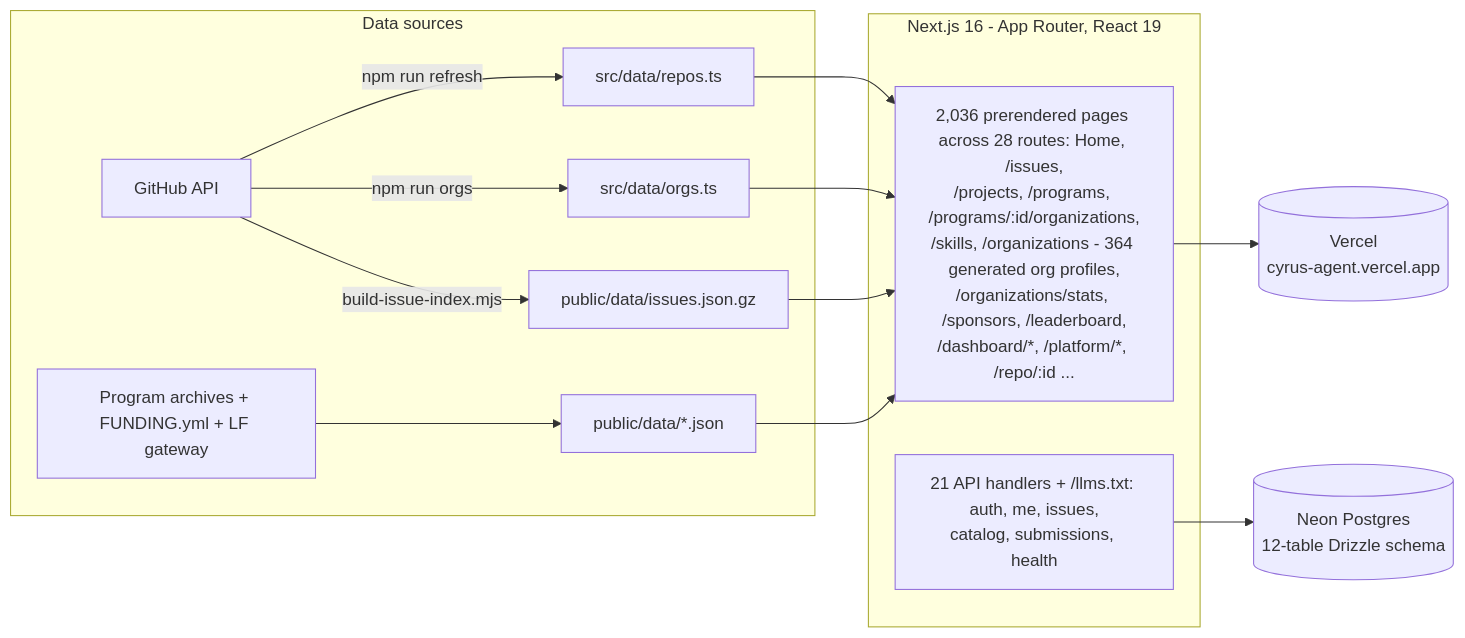
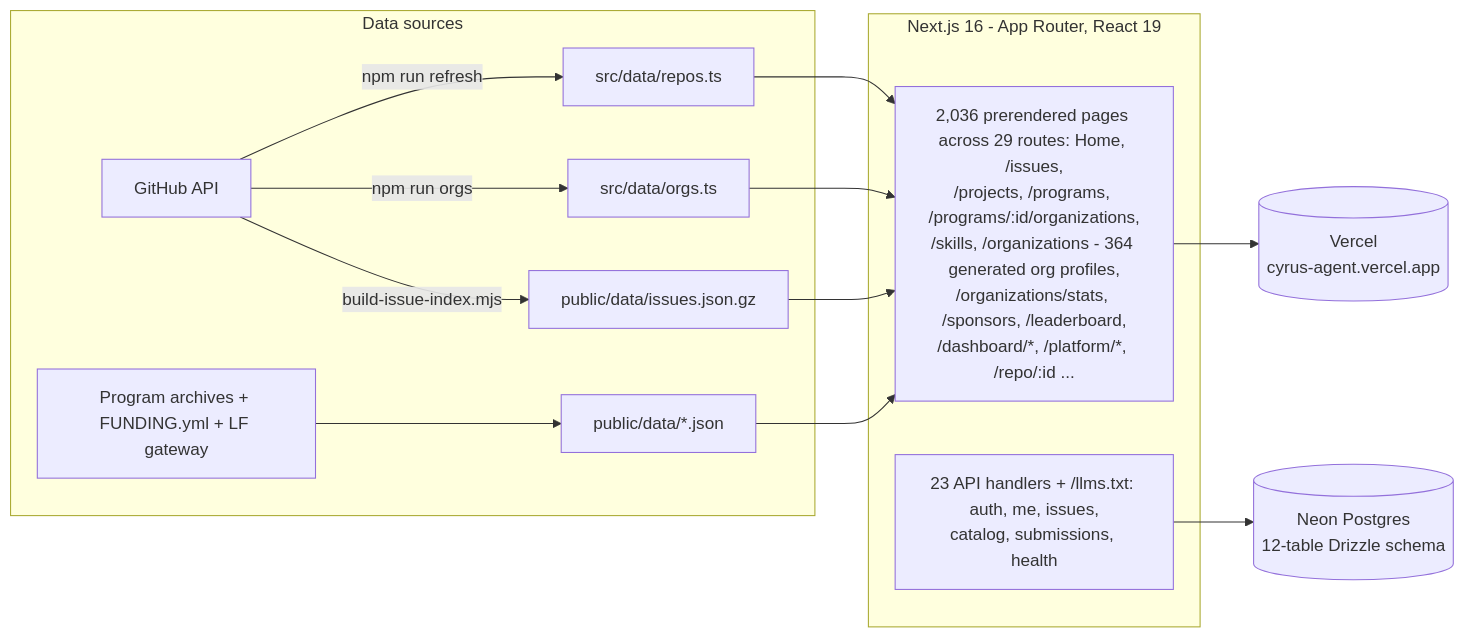
Before and after one commit to adityalenova/cyrus: the second of 2 diagrams in README.md, drawn with Mermaid. The commit also changed other lines of this file and 30 other files, not shown here.

````diff
--- a/README.md
+++ b/README.md
@@ -342,15 +347,15 @@
 ```mermaid
 flowchart LR
     subgraph sources [Data sources]
         GH[GitHub API] -->|npm run refresh| D1[src/data/repos.ts]
         GH -->|npm run orgs| D2[src/data/orgs.ts]
         GH -->|build-issue-index.mjs| D3[public/data/issues.json.gz]
         SOC[Program archives + FUNDING.yml + LF gateway] --> D4[public/data/*.json]
     end
     subgraph app [Next.js 16 - App Router, React 19]
-        D1 & D2 & D3 & D4 --> PAGES[2,036 prerendered pages across 28 routes: Home, /issues,<br/>/projects, /programs, /programs/:id/organizations,<br/>/skills, /organizations - 364 generated org profiles,<br/>/organizations/stats, /sponsors, /leaderboard,<br/>/dashboard/*, /platform/*, /repo/:id ...]
-        API[21 API handlers + /llms.txt: auth, me, issues,<br/>catalog, submissions, health]
+        D1 & D2 & D3 & D4 --> PAGES[2,036 prerendered pages across 29 routes: Home, /issues,<br/>/projects, /programs, /programs/:id/organizations,<br/>/skills, /organizations - 364 generated org profiles,<br/>/organizations/stats, /sponsors, /leaderboard,<br/>/dashboard/*, /platform/*, /repo/:id ...]
+        API[23 API handlers + /llms.txt: auth, me, issues,<br/>catalog, submissions, health]
     end
     PAGES --> V[(Vercel<br/>cyrus-agent.vercel.app)]
     API --> DB[(Neon Postgres<br/>12-table Drizzle schema)]
 ```
````
